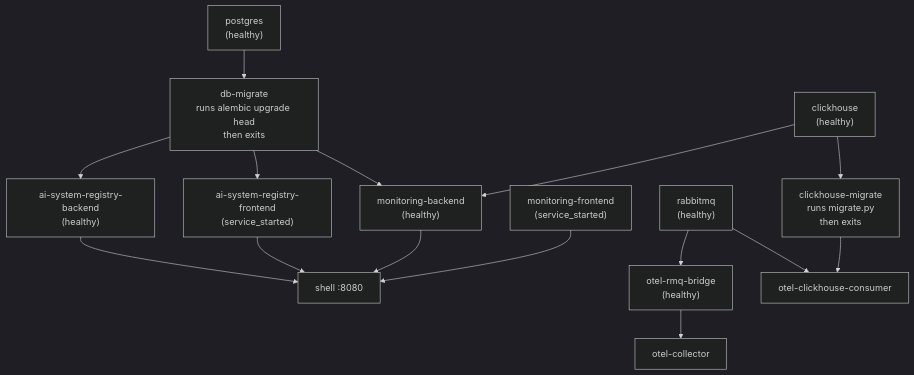
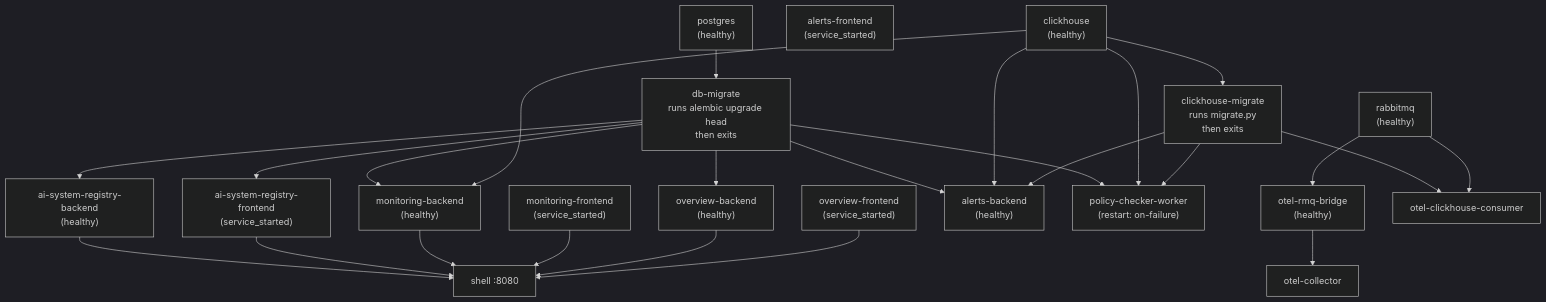
Before and after one commit to AI-Trust-Services/ai-trust-platform: the second of 2 diagrams in docs/architecture.md, drawn with Mermaid (dark theme). The commit also changed other lines of this file and 56 other files, not shown here.

````diff
--- a/docs/architecture.md
+++ b/docs/architecture.md
@@ -63,33 +79,47 @@
 ```mermaid
 flowchart TD
     PG["postgres\n(healthy)"]
     Migrate["db-migrate\nruns alembic upgrade head\nthen exits"]
     Backend["ai-system-registry-backend\n(healthy)"]
     Frontend["ai-system-registry-frontend\n(service_started)"]
     MonBackend["monitoring-backend\n(healthy)"]
     MonFrontend["monitoring-frontend\n(service_started)"]
+    OvBackend["overview-backend\n(healthy)"]
+    OvFrontend["overview-frontend\n(service_started)"]
+    AlertBackend["alerts-backend\n(healthy)"]
+    AlertFrontend["alerts-frontend\n(service_started)"]
+    AlertWorker["policy-checker-worker\n(restart: on-failure)"]
     Shell["shell :8080"]
     RMQ["rabbitmq\n(healthy)"]
     Bridge["otel-rmq-bridge\n(healthy)"]
     Collector["otel-collector"]
     CH["clickhouse\n(healthy)"]
     CHMigrate["clickhouse-migrate\nruns migrate.py\nthen exits"]
     CHConsumer["otel-clickhouse-consumer"]
 
     PG --> Migrate
     Migrate --> Backend
     Migrate --> Frontend
     Migrate --> MonBackend
+    Migrate --> OvBackend
+    Migrate --> AlertBackend
+    Migrate --> AlertWorker
     CH --> MonBackend
+    CH --> AlertBackend
+    CH --> AlertWorker
+    CHMigrate --> AlertWorker
+    CHMigrate --> AlertBackend
     Backend --> Shell
     Frontend --> Shell
     MonBackend --> Shell
     MonFrontend --> Shell
+    OvBackend --> Shell
+    OvFrontend --> Shell
 
     RMQ --> Bridge
     Bridge --> Collector
 
     CH --> CHMigrate
     CHMigrate --> CHConsumer
     RMQ --> CHConsumer
 ```
````
